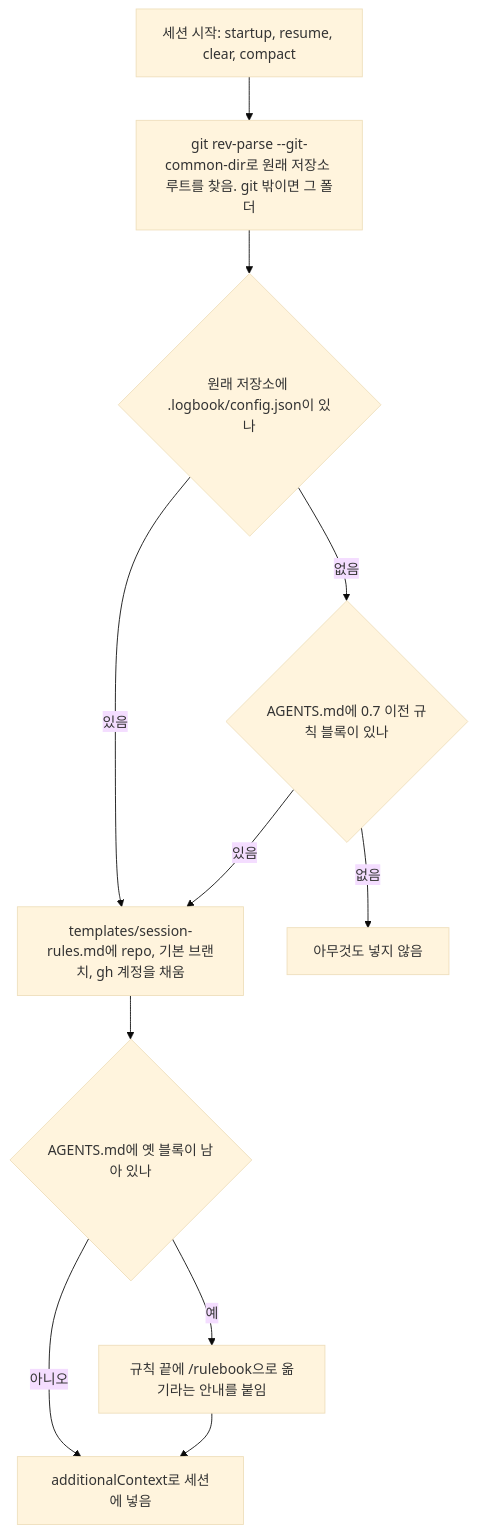
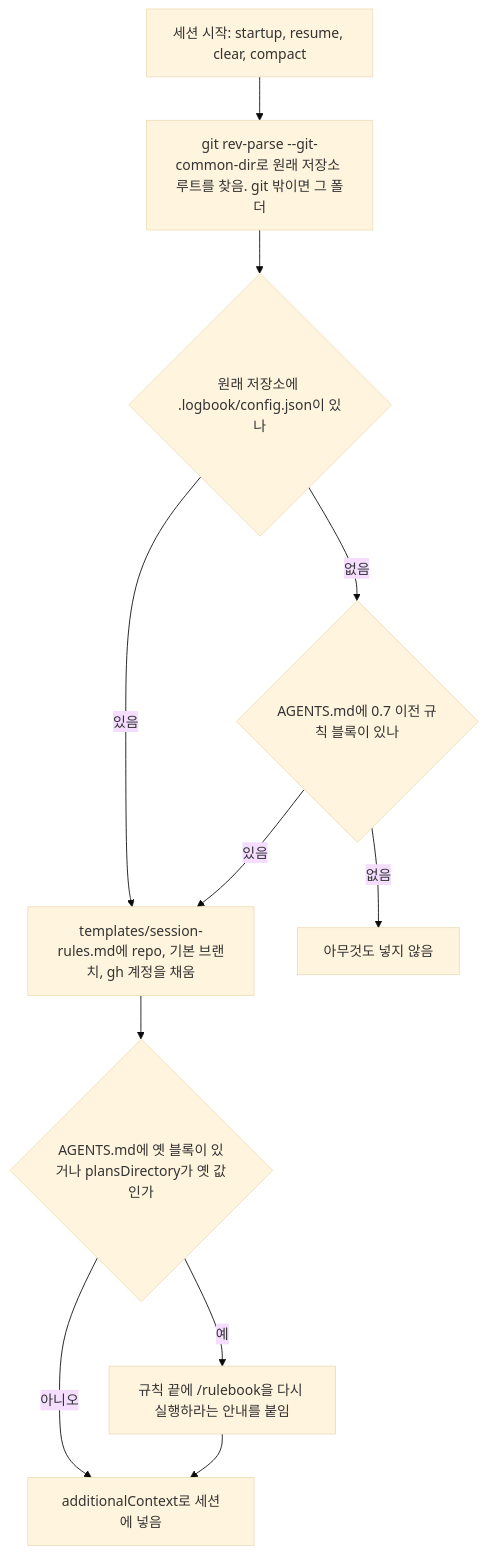
One commit to dincal/agent_logbook changed the first of 9 diagrams in docs/system/flows.md. Above: the diagram before and after it, drawn with Mermaid (base theme). The commit also changed other lines of this file and 27 other files, not shown here.

````diff
--- a/docs/system/flows.md
+++ b/docs/system/flows.md
@@ -24,13 +24,13 @@
 ```mermaid
 flowchart TD
   S["세션 시작: startup, resume, clear, compact"] --> G["git rev-parse --git-common-dir로 원래 저장소 루트를 찾음. git 밖이면 그 폴더"]
   G --> C{"원래 저장소에 .logbook/config.json이 있나"}
   C -->|"있음"| R["templates/session-rules.md에 repo, 기본 브랜치, gh 계정을 채움"]
   C -->|"없음"| O{"AGENTS.md에 0.7 이전 규칙 블록이 있나"}
   O -->|"없음"| N["아무것도 넣지 않음"]
   O -->|"있음"| R
-  R --> M{"AGENTS.md에 옛 블록이 남아 있나"}
-  M -->|"예"| W["규칙 끝에 /rulebook으로 옮기라는 안내를 붙임"]
+  R --> M{"AGENTS.md에 옛 블록이 있거나 plansDirectory가 옛 값인가"}
+  M -->|"예"| W["규칙 끝에 /rulebook을 다시 실행하라는 안내를 붙임"]
   M -->|"아니오"| A["additionalContext로 세션에 넣음"]
   W --> A
 ```
````
